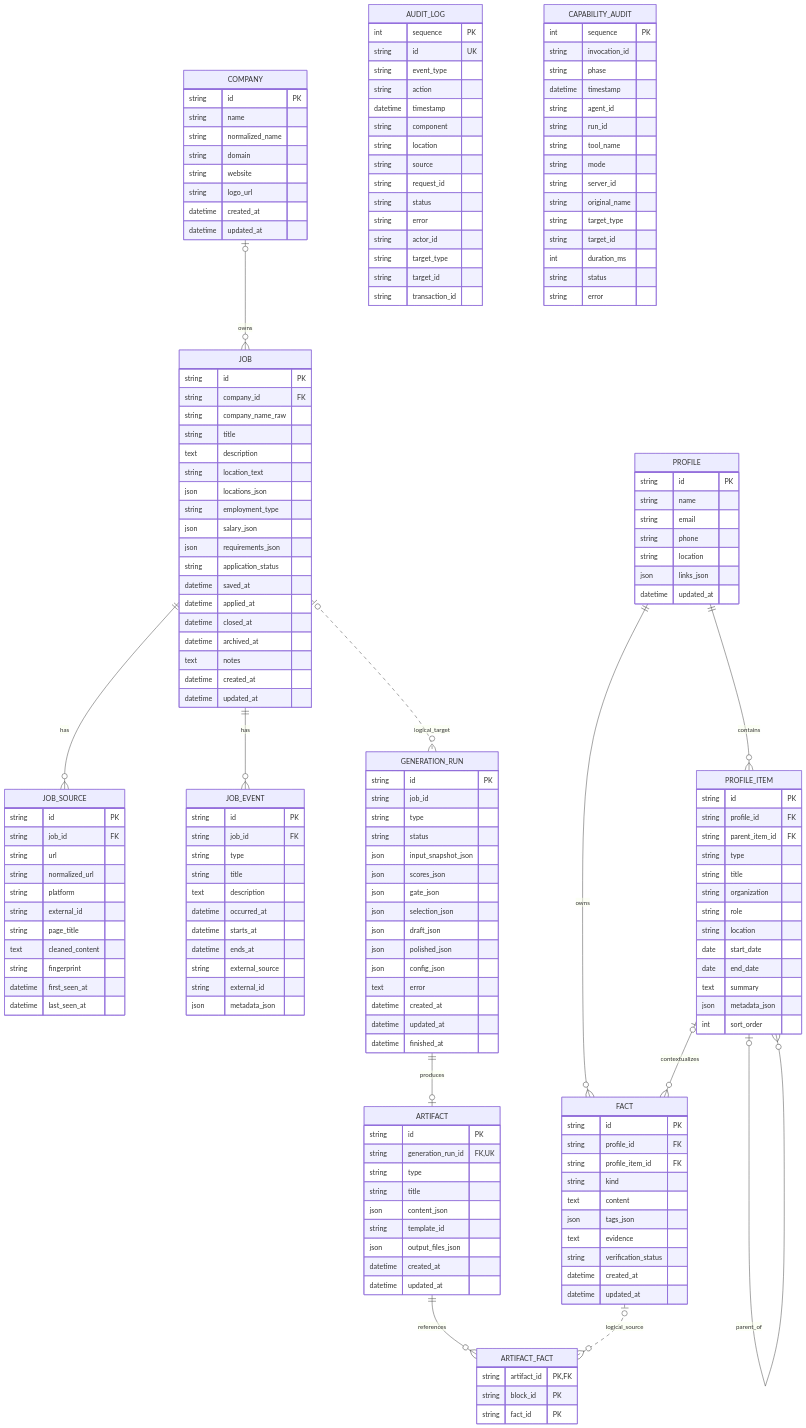
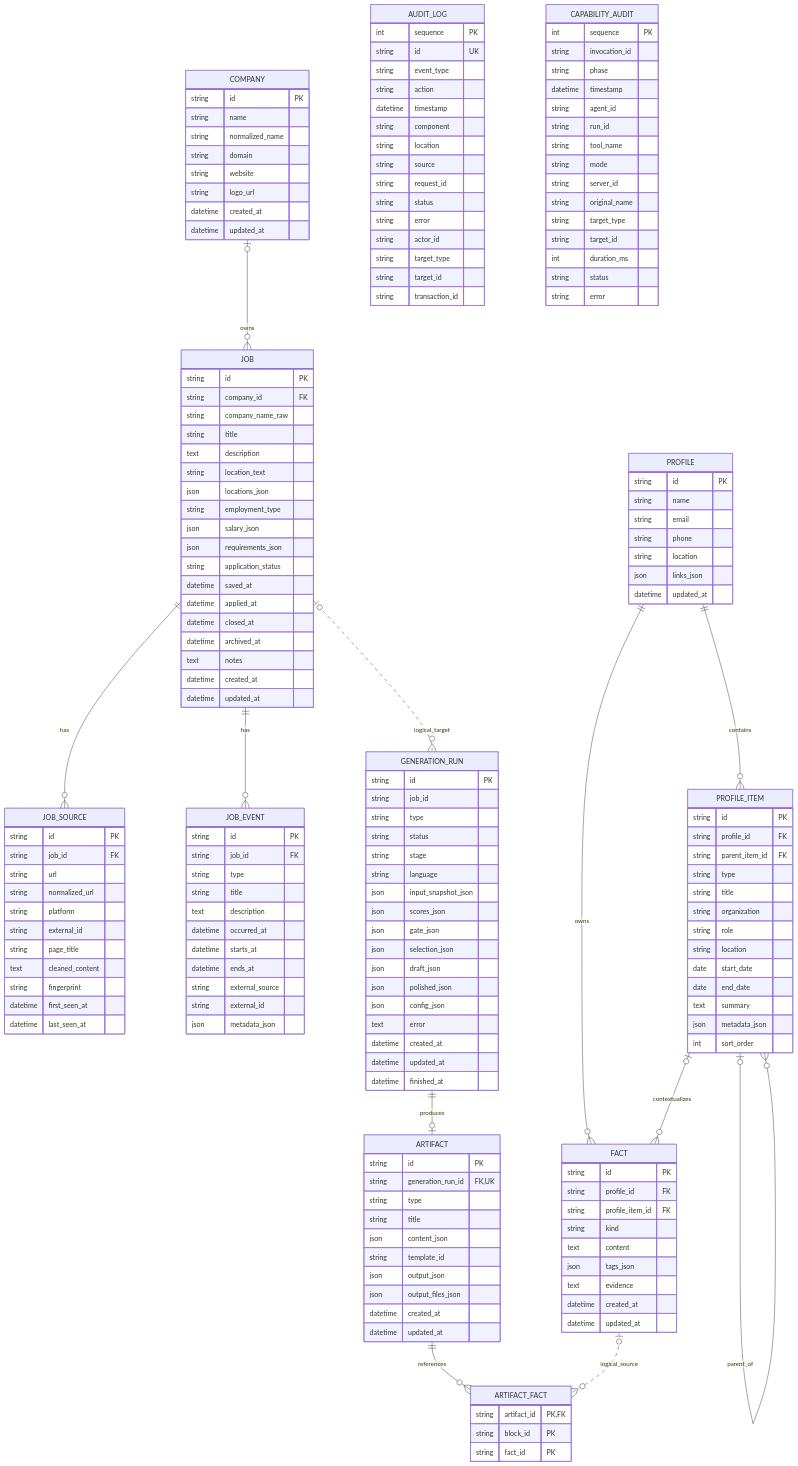
Before and after one commit to stark-lin/job-agent-browser: the diagram in docs/diagrams/data-model.md, drawn with Mermaid. The commit also changed 108 other files, not shown here.

```diff
--- a/docs/diagrams/data-model.md
+++ b/docs/diagrams/data-model.md
@@ -111,7 +111,6 @@
         text content
         json tags_json
         text evidence
-        string verification_status
         datetime created_at
         datetime updated_at
     }
@@ -121,6 +120,8 @@
         string job_id
         string type
         string status
+        string stage
+        string language
         json input_snapshot_json
         json scores_json
         json gate_json
@@ -141,6 +142,7 @@
         string title
         json content_json
         string template_id
+        json output_json
         json output_files_json
         datetime created_at
         datetime updated_at
```
